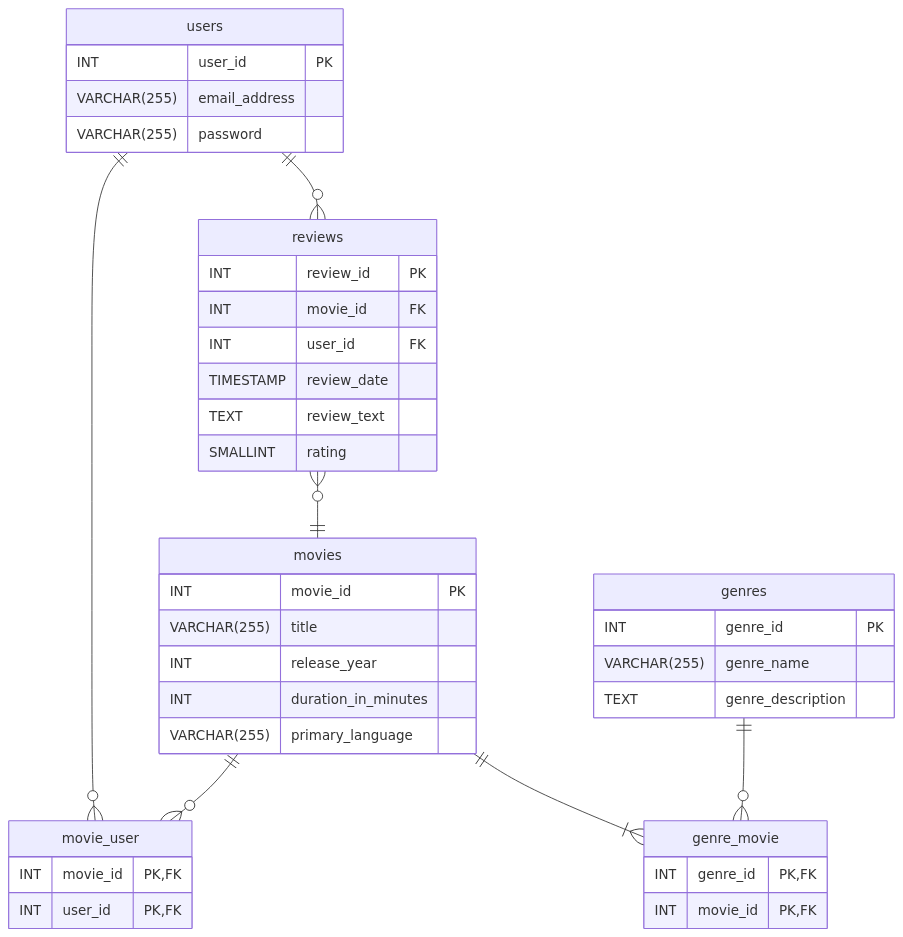
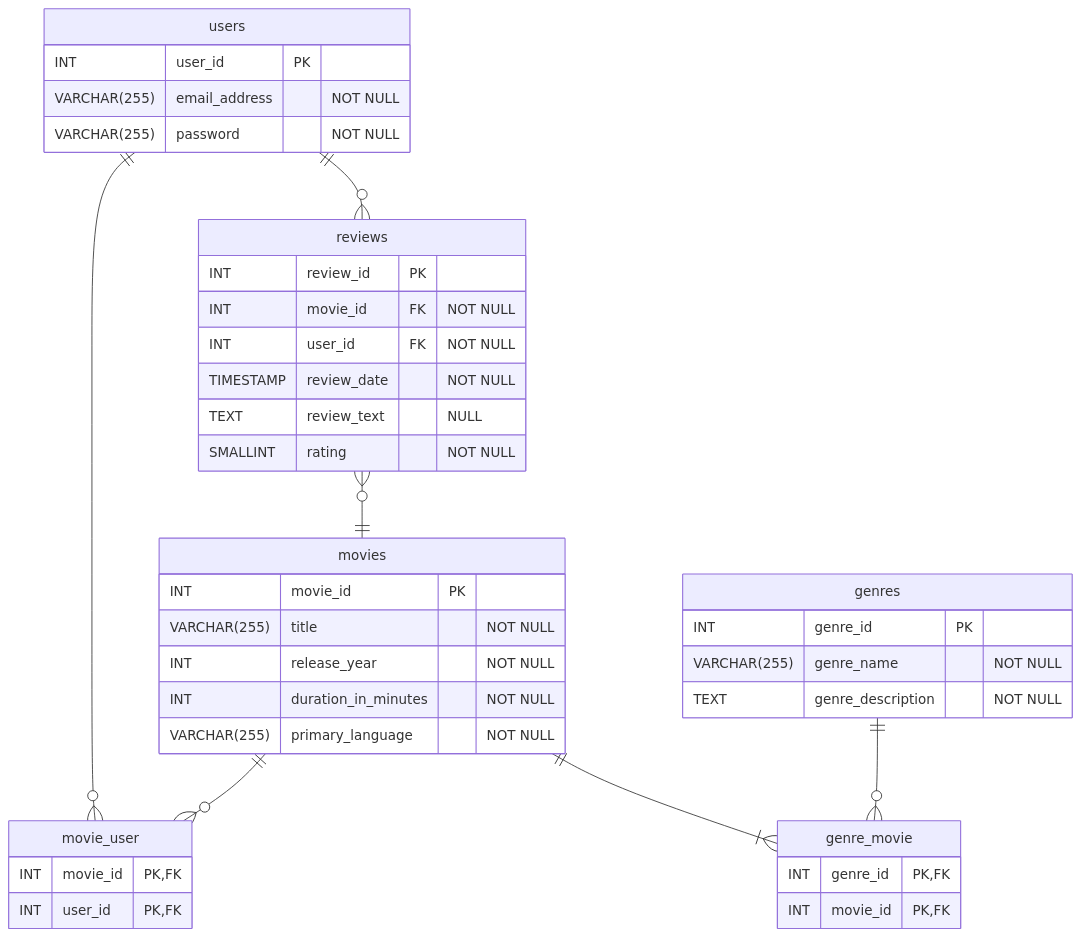
One commit to mmantle-hud/githubpages changed the third of 3 diagrams in module_4_database_design/4.1_the_database_design_process/4.1.1_notes_the_database_design_process.md. Above: the diagram before and after it, drawn with Mermaid. The commit also changed other lines of this file and 6 other files, not shown here.

```diff
--- a/module_4_database_design/4.1_the_database_design_process/4.1.1_notes_the_database_design_process.md
+++ b/module_4_database_design/4.1_the_database_design_process/4.1.1_notes_the_database_design_process.md
@@ -317,44 +317,44 @@
 <pre class="mermaid">
 erDiagram
     accTitle: Physical model for the MyMovie database.
     accDescr: Physical model showing User, Review, Movie and Genre entities.
     users ||--o{ reviews : ""
     users ||--o{ movie_user : ""
     movies ||--o{ movie_user : ""
     reviews }o--|| movies : ""
     movies ||--|{ genre_movie : ""
     genres ||--o{ genre_movie : ""
     users {
         INT user_id PK
-        VARCHAR(255) email_address
-        VARCHAR(255) password
+        VARCHAR(255) email_address "NOT NULL"
+        VARCHAR(255) password "NOT NULL"
     }
     movie_user{
         INT movie_id PK, FK
         INT user_id PK, FK
     }
     movies {
         INT movie_id PK
-        VARCHAR(255) title
-        INT release_year
-        INT duration_in_minutes
-        VARCHAR(255) primary_language
+        VARCHAR(255) title "NOT NULL"
+        INT release_year "NOT NULL"
+        INT duration_in_minutes "NOT NULL"
+        VARCHAR(255) primary_language "NOT NULL"
     }
     reviews {
-        INT review_id PK
-        INT movie_id FK
-        INT user_id FK
-        TIMESTAMP review_date
-        TEXT review_text
-        SMALLINT rating
+        INT review_id PK 
+        INT movie_id FK "NOT NULL"
+        INT user_id FK "NOT NULL"
+        TIMESTAMP review_date "NOT NULL"
+        TEXT review_text "NULL"
+        SMALLINT rating "NOT NULL"
     }
     genre_movie{
-        INT genre_id PK, FK
-        INT movie_id PK, FK
+        INT genre_id PK, FK 
+        INT movie_id PK, FK 
     }
     genres{
         INT genre_id PK
-        VARCHAR(255) genre_name
-        TEXT genre_description
+        VARCHAR(255) genre_name "NOT NULL"
+        TEXT genre_description "NOT NULL"
     }
 </pre>
```
